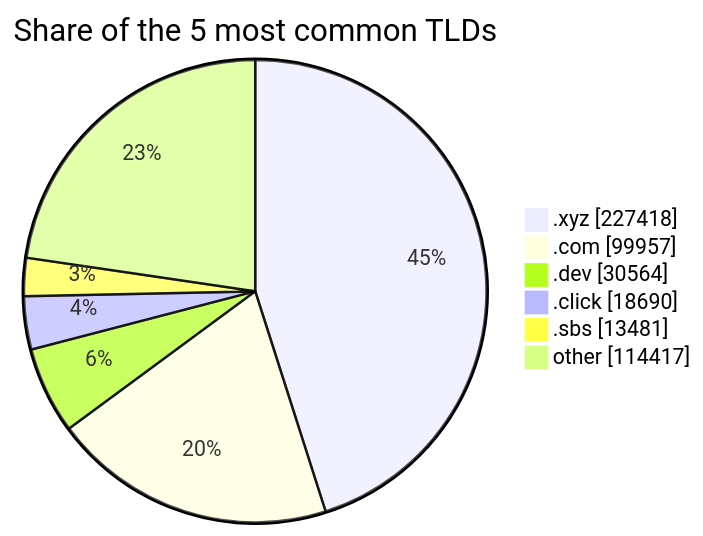
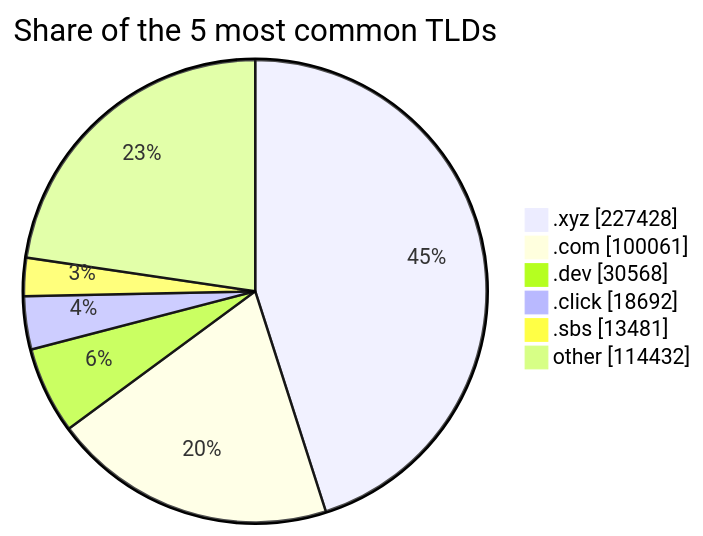
Before and after one commit to DNSBunker/CTI: the third of 3 diagrams in README.md, drawn with Mermaid. The commit also changed other lines of this file and 3 other files, not shown here.

````diff
--- a/README.md
+++ b/README.md
@@ -81,9 +81,9 @@
 ```mermaid
 pie showData title Share of the 5 most common TLDs
-    ".xyz" : 227418
-    ".com" : 99957
-    ".dev" : 30564
-    ".click" : 18690
+    ".xyz" : 227428
+    ".com" : 100061
+    ".dev" : 30568
+    ".click" : 18692
     ".sbs" : 13481
-    "other" : 114417
+    "other" : 114432
 ```
````
